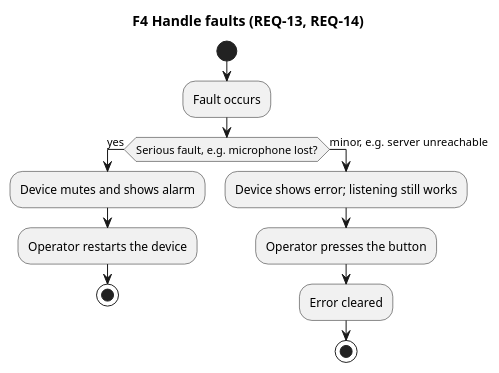
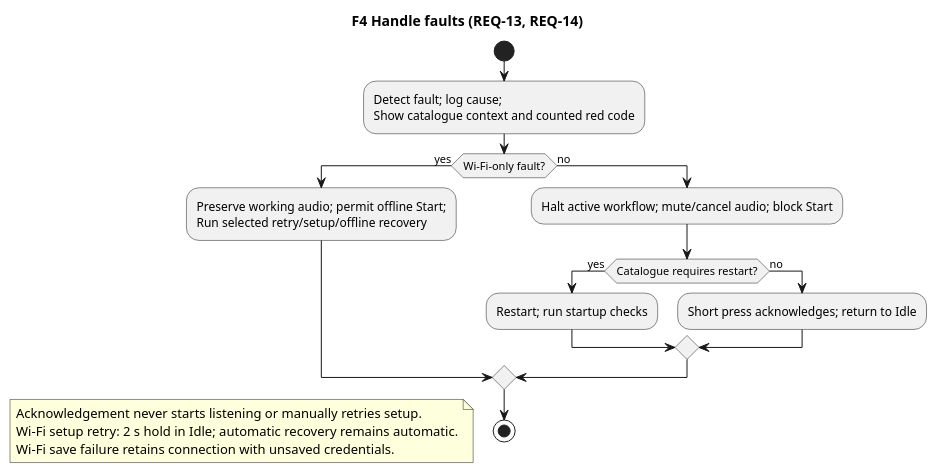
One commit to DemonicPsychoII/DigitalStethoscope changed the diagram in Development/system/requirements/use-cases/uc-04-faults.puml. Above: the diagram before and after it, drawn with PlantUML. The commit also changed 39 other files, not shown here.

```diff
--- a/Development/system/requirements/use-cases/uc-04-faults.puml
+++ b/Development/system/requirements/use-cases/uc-04-faults.puml
@@ -1,17 +1,23 @@
 @startuml uc_04_faults
 skinparam shadowing false
 skinparam defaultFontName SansSerif
 title F4 Handle faults (REQ-13, REQ-14)
 start
-:Fault occurs;
-if (Serious fault, e.g. microphone lost?) then (yes)
- :Device mutes and shows alarm;
- :Operator restarts the device;
- stop
-else (minor, e.g. server unreachable)
- :Device shows error; listening still works;
- :Operator presses the button;
- :Error cleared;
- stop
+:Detect fault; log cause;\nShow catalogue context and counted red code;
+if (Wi-Fi-only fault?) then (yes)
+ :Preserve working audio; permit offline Start;\nRun selected retry/setup/offline recovery;
+else (no)
+ :Halt active workflow; mute/cancel audio; block Start;
+ if (Catalogue requires restart?) then (yes)
+  :Restart; run startup checks;
+ else (no)
+  :Short press acknowledges; return to Idle;
+ endif
 endif
+stop
+floating note
+ Acknowledgement never starts listening or manually retries setup.
+ Wi-Fi setup retry: 2 s hold in Idle; automatic recovery remains automatic.
+ Wi-Fi save failure retains connection with unsaved credentials.
+end note
 @enduml
```
